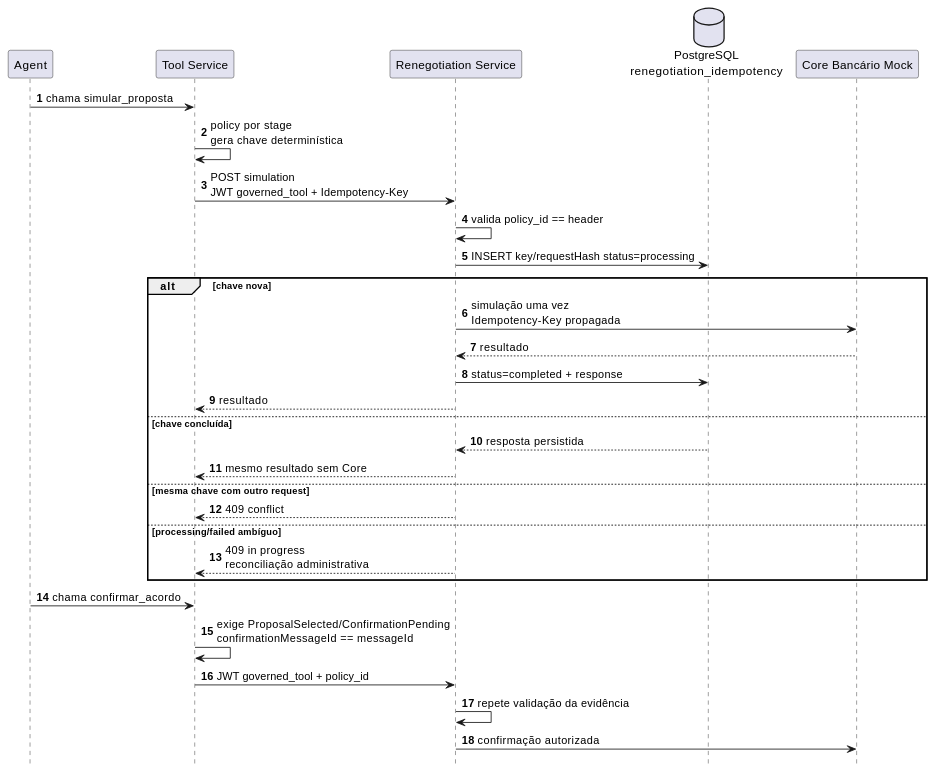
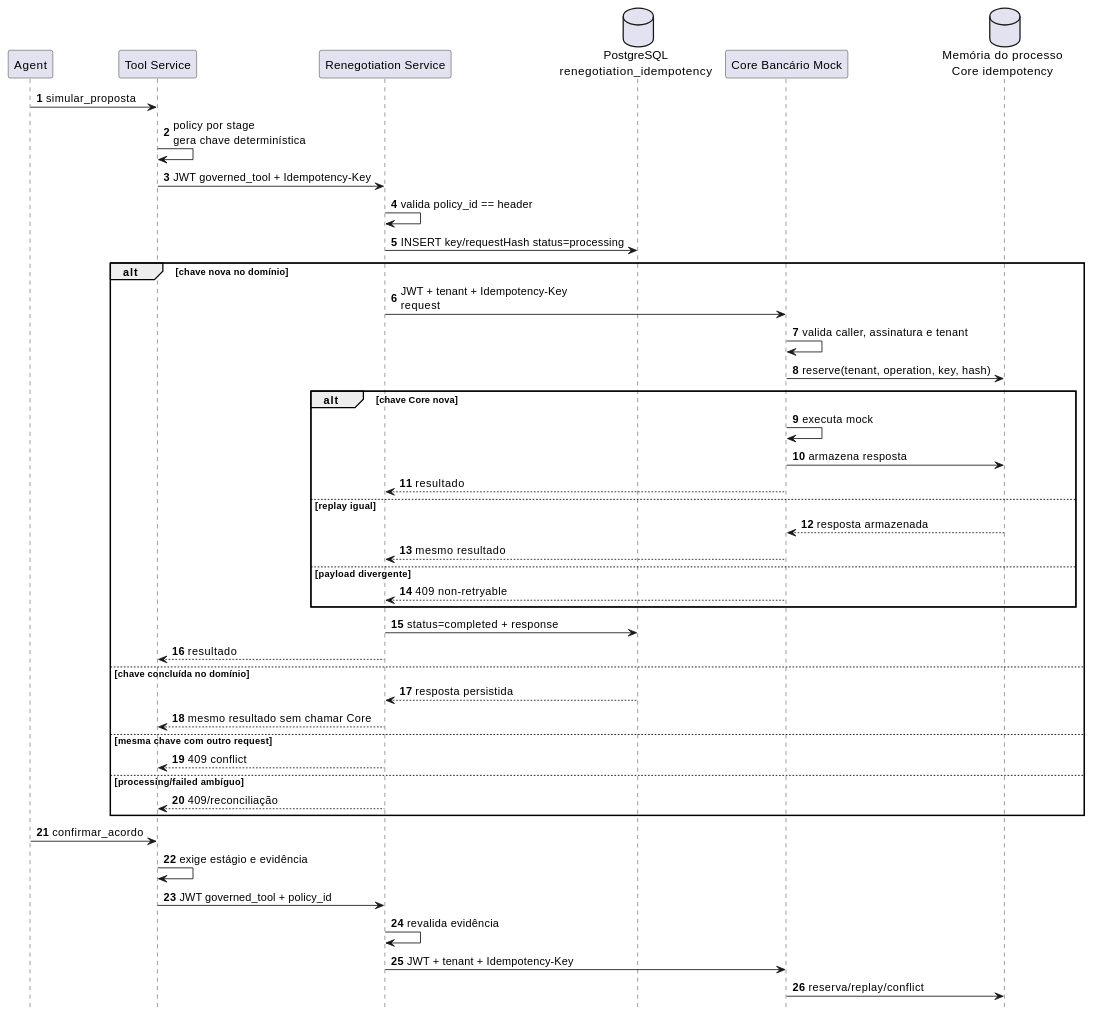
Before and after one commit to leandrosflora/conversational-ai-platform-architecture: the third of 5 diagrams in docs/architecture/sequence-diagrams.md, drawn with PlantUML. The commit also changed other lines of this file, not shown here.

Commit message:
docs: update journeys for authenticated core

````diff
--- a/docs/architecture/sequence-diagrams.md
+++ b/docs/architecture/sequence-diagrams.md
@@ -127,38 +116,51 @@
 ```plantuml
 @startuml
 hide footbox
 autonumber
 
 participant Agent
 participant "Tool Service" as Tools
 participant "Renegotiation Service" as Reneg
 database "PostgreSQL\nrenegotiation_idempotency" as Idem
 participant "Core Bancário Mock" as Core
+database "Memória do processo\nCore idempotency" as CoreIdem
 
-Agent -> Tools: chama simular_proposta
+Agent -> Tools: simular_proposta
 Tools -> Tools: policy por stage\ngera chave determinística
-Tools -> Reneg: POST simulation\nJWT governed_tool + Idempotency-Key
+Tools -> Reneg: JWT governed_tool + Idempotency-Key
 Reneg -> Reneg: valida policy_id == header
 Reneg -> Idem: INSERT key/requestHash status=processing
 
-alt chave nova
-  Reneg -> Core: simulação uma vez\nIdempotency-Key propagada
-  Core --> Reneg: resultado
+alt chave nova no domínio
+  Reneg -> Core: JWT + tenant + Idempotency-Key\nrequest
+  Core -> Core: valida caller, assinatura e tenant
+  Core -> CoreIdem: reserve(tenant, operation, key, hash)
+  alt chave Core nova
+    Core -> Core: executa mock
+    Core -> CoreIdem: armazena resposta
+    Core --> Reneg: resultado
+  else replay igual
+    CoreIdem --> Core: resposta armazenada
+    Core --> Reneg: mesmo resultado
+  else payload divergente
+    Core --> Reneg: 409 non-retryable
+  end
   Reneg -> Idem: status=completed + response
   Reneg --> Tools: resultado
-else chave concluída
+else chave concluída no domínio
   Idem --> Reneg: resposta persistida
-  Reneg --> Tools: mesmo resultado sem Core
+  Reneg --> Tools: mesmo resultado sem chamar Core
 else mesma chave com outro request
   Reneg --> Tools: 409 conflict
 else processing/failed ambíguo
-  Reneg --> Tools: 409 in progress\nreconciliação administrativa
+  Reneg --> Tools: 409/reconciliação
 end
 
-Agent -> Tools: chama confirmar_acordo
-Tools -> Tools: exige ProposalSelected/ConfirmationPending\nconfirmationMessageId == messageId
+Agent -> Tools: confirmar_acordo
+Tools -> Tools: exige estágio e evidência
 Tools -> Reneg: JWT governed_tool + policy_id
-Reneg -> Reneg: repete validação da evidência
-Reneg -> Core: confirmação autorizada
+Reneg -> Reneg: revalida evidência
+Reneg -> Core: JWT + tenant + Idempotency-Key
+Core -> CoreIdem: reserva/replay/conflict
 @enduml
 ```
````
